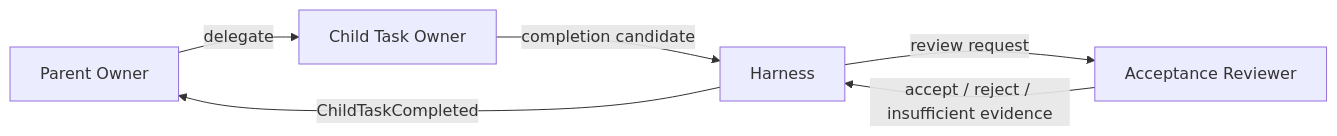
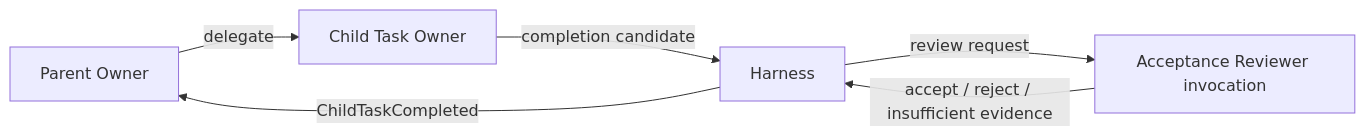
One commit to autotaker/kakesu changed the diagram in examples/semantic/schemas/task-ownership.md. Above: the diagram before and after it, drawn with Mermaid. The commit also changed other lines of this file and 19 other files, not shown here.

````diff
--- a/examples/semantic/schemas/task-ownership.md
+++ b/examples/semantic/schemas/task-ownership.md
@@ -30,8 +30,8 @@
 ```mermaid
 flowchart LR
     P[Parent Owner] -->|delegate| O[Child Task Owner]
     O -->|completion candidate| H[Harness]
-    H -->|review request| R[Acceptance Reviewer]
+    H -->|review request| R[Acceptance Reviewer invocation]
     R -->|accept / reject / insufficient evidence| H
     H -->|ChildTaskCompleted| P
 ```
````
